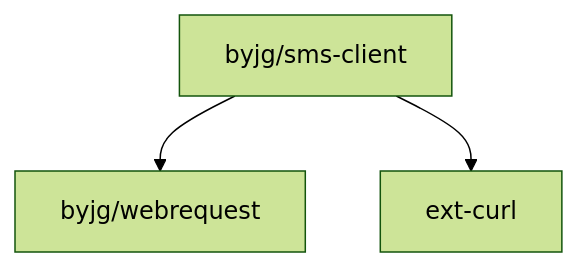
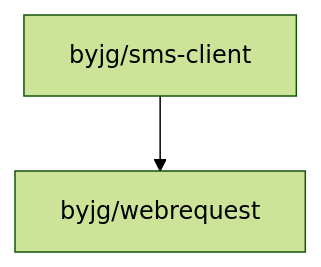
One commit to byjg/php-sms-client changed the diagram in README.md. Above: the diagram before and after it, drawn with Mermaid (forest theme). The commit also changed other lines of this file and 27 other files, not shown here.

````diff
--- a/README.md
+++ b/README.md
@@ -97,5 +109,4 @@
-```mermaid  
-flowchart TD  
+```mermaid
+flowchart TD
     byjg/sms-client --> byjg/webrequest
-    byjg/sms-client --> ext-curl
 ```
````
